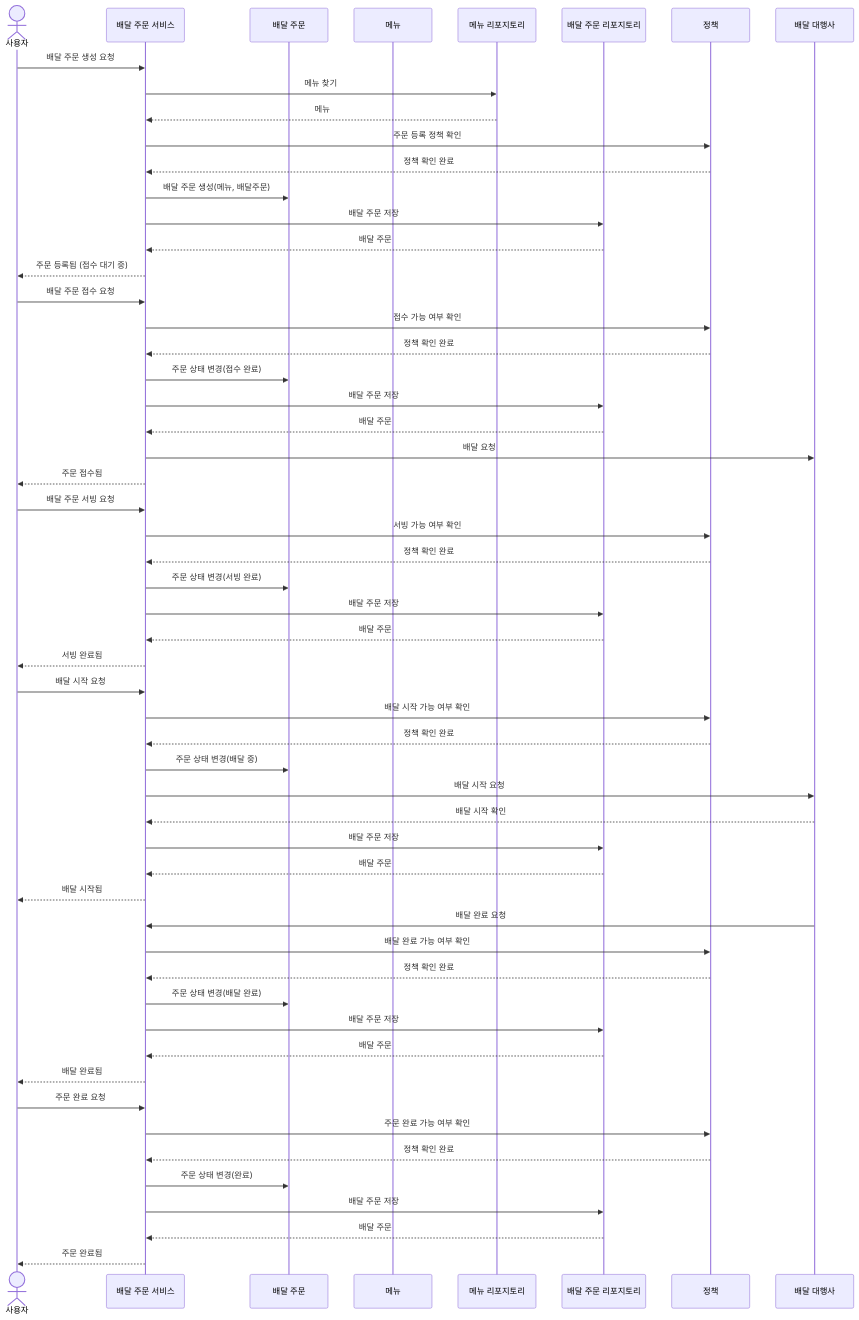
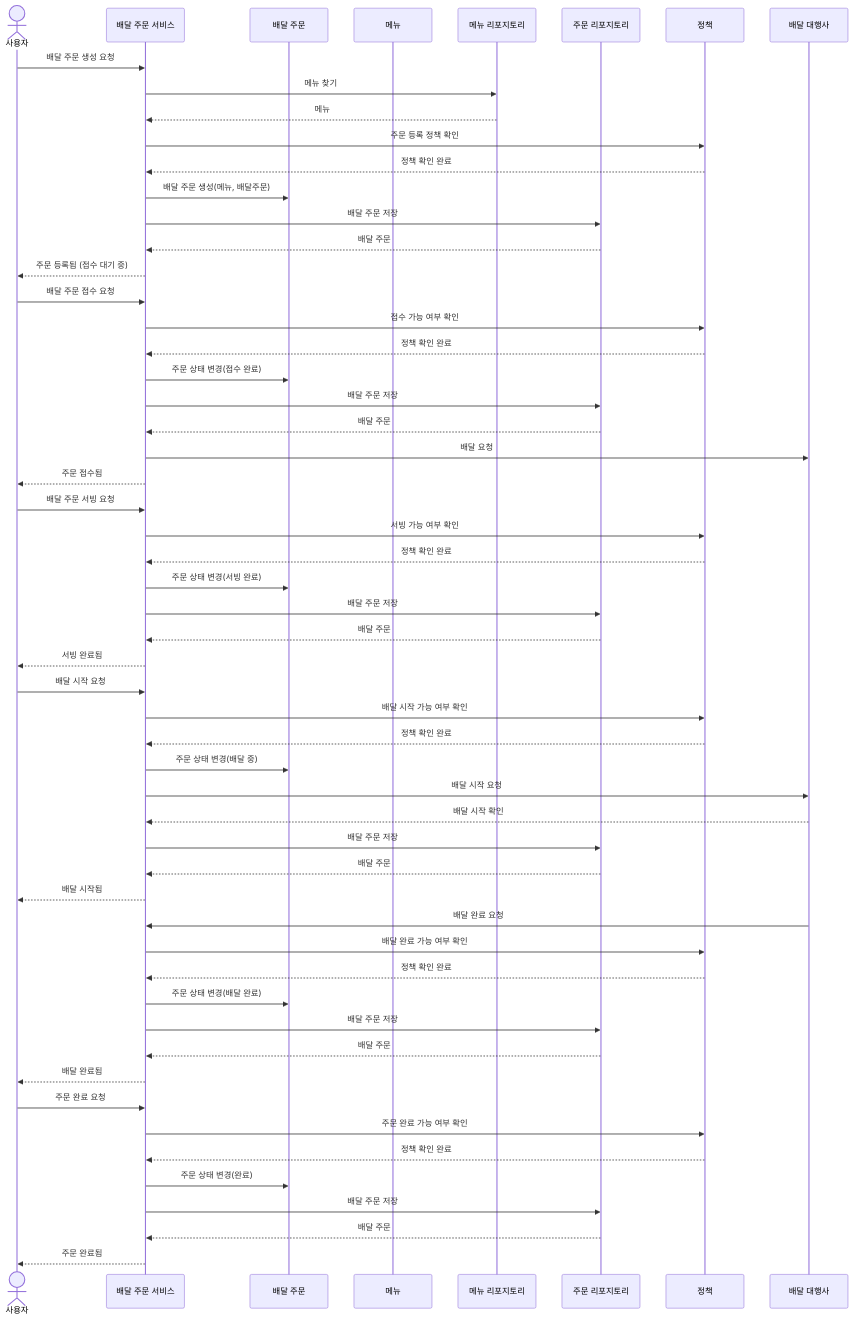
The third of 5 diagrams in README.md (ninjasul/ddd-strategic-design), drawn with Mermaid before and after one commit. The commit also changed other lines of this file, not shown here.

Commit message:
docs: add takeout and eat-in order sequence diagrams

````diff
--- a/README.md
+++ b/README.md
@@ -355,64 +362,64 @@
-```mermaid
-sequenceDiagram
-    actor User as 사용자
-    participant DeliveryOrderService as 배달 주문 서비스
-    participant DeliveryOrder as 배달 주문
-    participant Menu as 메뉴
-    participant MenuRepository as 메뉴 리포지토리
-    participant DeliveryOrderRepository as 배달 주문 리포지토리
-    participant Policy as 정책
-    participant DeliveryAgency as 배달 대행사
-
-    User->>DeliveryOrderService: 배달 주문 생성 요청
-    DeliveryOrderService->>MenuRepository: 메뉴 찾기
-    MenuRepository-->>DeliveryOrderService: 메뉴
-    DeliveryOrderService->>Policy: 주문 등록 정책 확인
-    Policy-->>DeliveryOrderService: 정책 확인 완료
-    DeliveryOrderService->>DeliveryOrder: 배달 주문 생성(메뉴, 배달주문)
-    DeliveryOrderService->>DeliveryOrderRepository: 배달 주문 저장
-    DeliveryOrderRepository-->>DeliveryOrderService: 배달 주문
-    DeliveryOrderService-->>User: 주문 등록됨 (접수 대기 중)
-
-    User->>DeliveryOrderService: 배달 주문 접수 요청
-    DeliveryOrderService->>Policy: 접수 가능 여부 확인
-    Policy-->>DeliveryOrderService: 정책 확인 완료
-    DeliveryOrderService->>DeliveryOrder: 주문 상태 변경(접수 완료)
-    DeliveryOrderService->>DeliveryOrderRepository: 배달 주문 저장
-    DeliveryOrderRepository-->>DeliveryOrderService: 배달 주문
-    DeliveryOrderService->>DeliveryAgency: 배달 요청
-    DeliveryOrderService-->>User: 주문 접수됨
-
-    User->>DeliveryOrderService: 배달 주문 서빙 요청
-    DeliveryOrderService->>Policy: 서빙 가능 여부 확인
-    Policy-->>DeliveryOrderService: 정책 확인 완료
-    DeliveryOrderService->>DeliveryOrder: 주문 상태 변경(서빙 완료)
-    DeliveryOrderService->>DeliveryOrderRepository: 배달 주문 저장
-    DeliveryOrderRepository-->>DeliveryOrderService: 배달 주문
-    DeliveryOrderService-->>User: 서빙 완료됨
-
-    User->>DeliveryOrderService: 배달 시작 요청
-    DeliveryOrderService->>Policy: 배달 시작 가능 여부 확인
-    Policy-->>DeliveryOrderService: 정책 확인 완료
-    DeliveryOrderService->>DeliveryOrder: 주문 상태 변경(배달 중)
-    DeliveryOrderService->>DeliveryAgency: 배달 시작 요청
-    DeliveryAgency-->>DeliveryOrderService: 배달 시작 확인
-    DeliveryOrderService->>DeliveryOrderRepository: 배달 주문 저장
-    DeliveryOrderRepository-->>DeliveryOrderService: 배달 주문
-    DeliveryOrderService-->>User: 배달 시작됨
-
-    DeliveryAgency->>DeliveryOrderService: 배달 완료 요청
-    DeliveryOrderService->>Policy: 배달 완료 가능 여부 확인
-    Policy-->>DeliveryOrderService: 정책 확인 완료
-    DeliveryOrderService->>DeliveryOrder: 주문 상태 변경(배달 완료)
-    DeliveryOrderService->>DeliveryOrderRepository: 배달 주문 저장
-    DeliveryOrderRepository-->>DeliveryOrderService: 배달 주문
-    DeliveryOrderService-->>User: 배달 완료됨
-
-    User->>DeliveryOrderService: 주문 완료 요청
-    DeliveryOrderService->>Policy: 주문 완료 가능 여부 확인
-    Policy-->>DeliveryOrderService: 정책 확인 완료
-    DeliveryOrderService->>DeliveryOrder: 주문 상태 변경(완료)
-    DeliveryOrderService->>DeliveryOrderRepository: 배달 주문 저장
-    DeliveryOrderRepository-->>DeliveryOrderService: 배달 주문
-    DeliveryOrderService-->>User: 주문 완료됨
-```
+  ```mermaid
+  sequenceDiagram
+      actor User as 사용자
+      participant DeliveryOrderService as 배달 주문 서비스
+      participant DeliveryOrder as 배달 주문
+      participant Menu as 메뉴
+      participant MenuRepository as 메뉴 리포지토리
+      participant OrderRepository as 주문 리포지토리
+      participant Policy as 정책
+      participant DeliveryAgency as 배달 대행사
+  
+      User->>DeliveryOrderService: 배달 주문 생성 요청
+      DeliveryOrderService->>MenuRepository: 메뉴 찾기
+      MenuRepository-->>DeliveryOrderService: 메뉴
+      DeliveryOrderService->>Policy: 주문 등록 정책 확인
+      Policy-->>DeliveryOrderService: 정책 확인 완료
+      DeliveryOrderService->>DeliveryOrder: 배달 주문 생성(메뉴, 배달주문)
+      DeliveryOrderService->>OrderRepository: 배달 주문 저장
+      OrderRepository-->>DeliveryOrderService: 배달 주문
+      DeliveryOrderService-->>User: 주문 등록됨 (접수 대기 중)
+  
+      User->>DeliveryOrderService: 배달 주문 접수 요청
+      DeliveryOrderService->>Policy: 접수 가능 여부 확인
+      Policy-->>DeliveryOrderService: 정책 확인 완료
+      DeliveryOrderService->>DeliveryOrder: 주문 상태 변경(접수 완료)
+      DeliveryOrderService->>OrderRepository: 배달 주문 저장
+      OrderRepository-->>DeliveryOrderService: 배달 주문
+      DeliveryOrderService->>DeliveryAgency: 배달 요청
+      DeliveryOrderService-->>User: 주문 접수됨
+  
+      User->>DeliveryOrderService: 배달 주문 서빙 요청
+      DeliveryOrderService->>Policy: 서빙 가능 여부 확인
+      Policy-->>DeliveryOrderService: 정책 확인 완료
+      DeliveryOrderService->>DeliveryOrder: 주문 상태 변경(서빙 완료)
+      DeliveryOrderService->>OrderRepository: 배달 주문 저장
+      OrderRepository-->>DeliveryOrderService: 배달 주문
+      DeliveryOrderService-->>User: 서빙 완료됨
+  
+      User->>DeliveryOrderService: 배달 시작 요청
+      DeliveryOrderService->>Policy: 배달 시작 가능 여부 확인
+      Policy-->>DeliveryOrderService: 정책 확인 완료
+      DeliveryOrderService->>DeliveryOrder: 주문 상태 변경(배달 중)
+      DeliveryOrderService->>DeliveryAgency: 배달 시작 요청
+      DeliveryAgency-->>DeliveryOrderService: 배달 시작 확인
+      DeliveryOrderService->>OrderRepository: 배달 주문 저장
+      OrderRepository-->>DeliveryOrderService: 배달 주문
+      DeliveryOrderService-->>User: 배달 시작됨
+  
+      DeliveryAgency->>DeliveryOrderService: 배달 완료 요청
+      DeliveryOrderService->>Policy: 배달 완료 가능 여부 확인
+      Policy-->>DeliveryOrderService: 정책 확인 완료
+      DeliveryOrderService->>DeliveryOrder: 주문 상태 변경(배달 완료)
+      DeliveryOrderService->>OrderRepository: 배달 주문 저장
+      OrderRepository-->>DeliveryOrderService: 배달 주문
+      DeliveryOrderService-->>User: 배달 완료됨
+  
+      User->>DeliveryOrderService: 주문 완료 요청
+      DeliveryOrderService->>Policy: 주문 완료 가능 여부 확인
+      Policy-->>DeliveryOrderService: 정책 확인 완료
+      DeliveryOrderService->>DeliveryOrder: 주문 상태 변경(완료)
+      DeliveryOrderService->>OrderRepository: 배달 주문 저장
+      OrderRepository-->>DeliveryOrderService: 배달 주문
+      DeliveryOrderService-->>User: 주문 완료됨
+  ```
````
